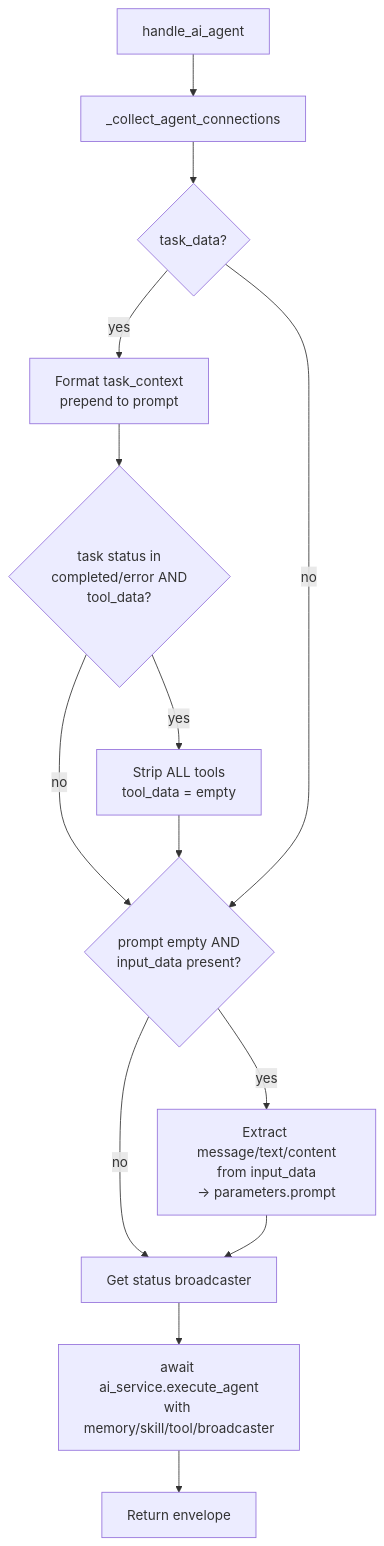
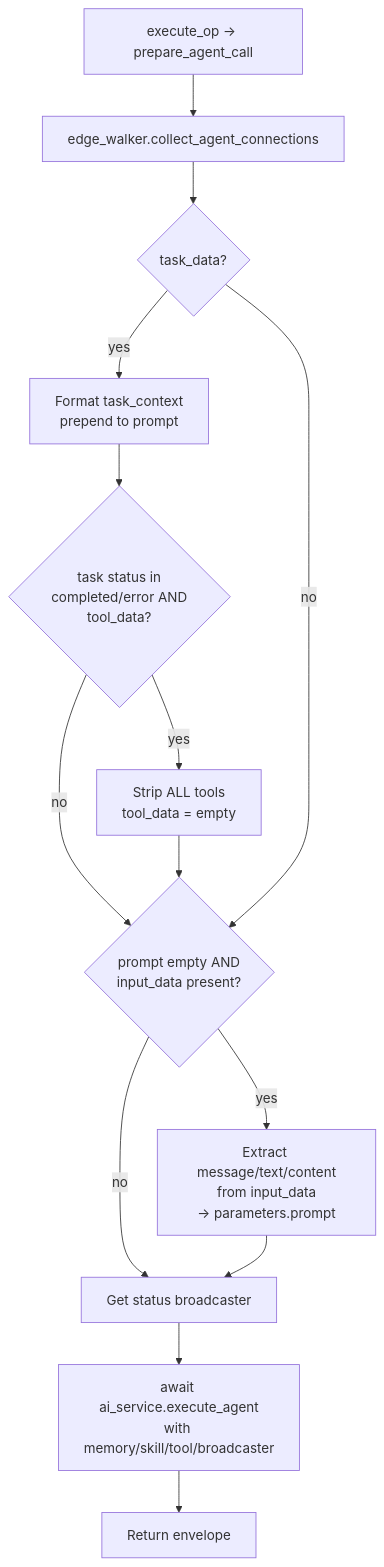
Before and after one commit to zeenie-ai/OpenCompany: the diagram in docs-internal/node-logic-flows/ai_agents/aiAgent.md, drawn with Mermaid. The commit also changed other lines of this file and 132 other files, not shown here.

````diff
--- a/docs-internal/node-logic-flows/ai_agents/aiAgent.md
+++ b/docs-internal/node-logic-flows/ai_agents/aiAgent.md
@@ -69,16 +71,16 @@
 ```mermaid
 flowchart TD
-  A[handle_ai_agent] --> B[_collect_agent_connections]
+  A[execute_op -> prepare_agent_call] --> B[edge_walker.collect_agent_connections]
   B --> C{task_data?}
   C -- yes --> D[Format task_context<br/>prepend to prompt]
   D --> E{task status in<br/>completed/error AND<br/>tool_data?}
   E -- yes --> F[Strip ALL tools<br/>tool_data = empty]
   E -- no --> G
   F --> G
   C -- no --> G{prompt empty AND<br/>input_data present?}
   G -- yes --> H[Extract message/text/content<br/>from input_data<br/>-> parameters.prompt]
   G -- no --> I
   H --> I[Get status broadcaster]
   I --> J[await ai_service.execute_agent<br/>with memory/skill/tool/broadcaster]
   J --> K[Return envelope]
 ```
````
